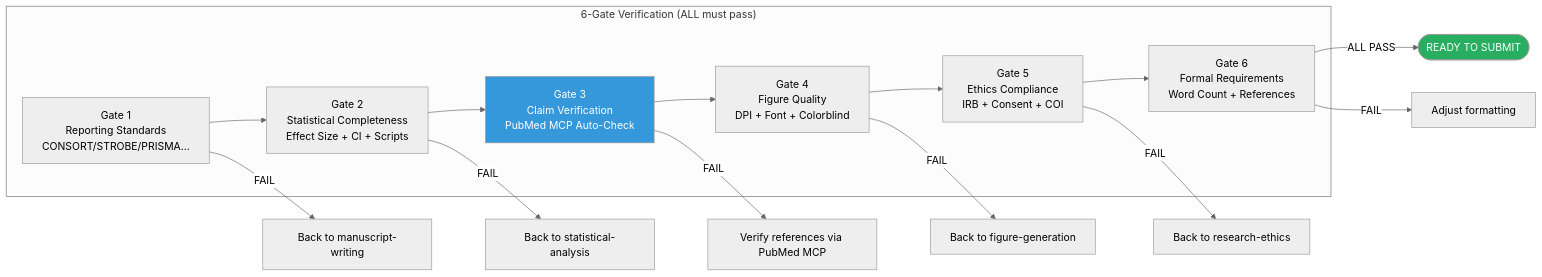
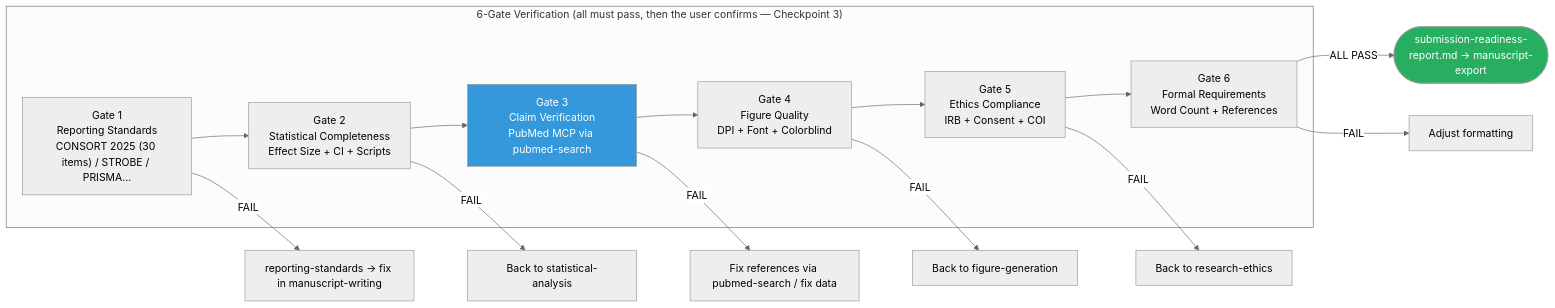
The second of 8 diagrams in docs/architecture.md (Stefansong/med-research-powers), drawn with Mermaid (neutral theme) before and after one commit. The commit also changed other lines of this file and 119 other files, not shown here.

````diff
--- a/docs/architecture.md
+++ b/docs/architecture.md
@@ -90,23 +97,23 @@
 ```mermaid
 flowchart LR
-    subgraph GATE["6-Gate Verification (ALL must pass)"]
-        G1[Gate 1<br/>Reporting Standards<br/>CONSORT/STROBE/PRISMA...]
+    subgraph GATE["6-Gate Verification (all must pass, then the user confirms — Checkpoint 3)"]
+        G1["Gate 1<br/>Reporting Standards<br/>CONSORT 2025 (30 items) / STROBE / PRISMA..."]
         G2[Gate 2<br/>Statistical Completeness<br/>Effect Size + CI + Scripts]
-        G3[Gate 3<br/>Claim Verification<br/>PubMed MCP Auto-Check]
+        G3[Gate 3<br/>Claim Verification<br/>PubMed MCP via pubmed-search]
         G4[Gate 4<br/>Figure Quality<br/>DPI + Font + Colorblind]
         G5[Gate 5<br/>Ethics Compliance<br/>IRB + Consent + COI]
         G6[Gate 6<br/>Formal Requirements<br/>Word Count + References]
     end
 
     G1 --> G2 --> G3 --> G4 --> G5 --> G6
-    G6 -->|ALL PASS| READY([READY TO SUBMIT])
-    G1 -->|FAIL| FIX1[Back to manuscript-writing]
+    G6 -->|ALL PASS| READY([submission-readiness-report.md → manuscript-export])
+    G1 -->|FAIL| FIX1[reporting-standards → fix in manuscript-writing]
     G2 -->|FAIL| FIX2[Back to statistical-analysis]
-    G3 -->|FAIL| FIX3[Verify references via PubMed MCP]
+    G3 -->|FAIL| FIX3[Fix references via pubmed-search / fix data]
     G4 -->|FAIL| FIX4[Back to figure-generation]
     G5 -->|FAIL| FIX5[Back to research-ethics]
     G6 -->|FAIL| FIX6[Adjust formatting]
 
     style READY fill:#27ae60,color:#fff
     style G3 fill:#3498db,color:#fff
 ```
````
